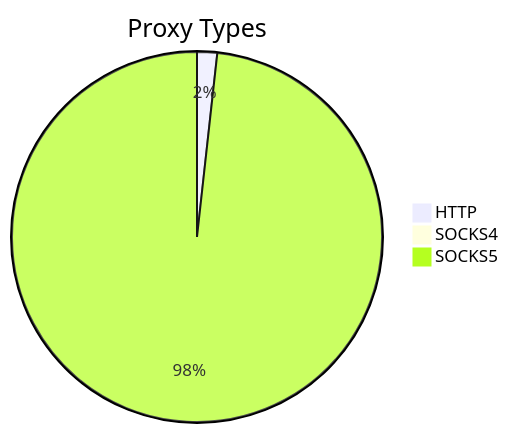
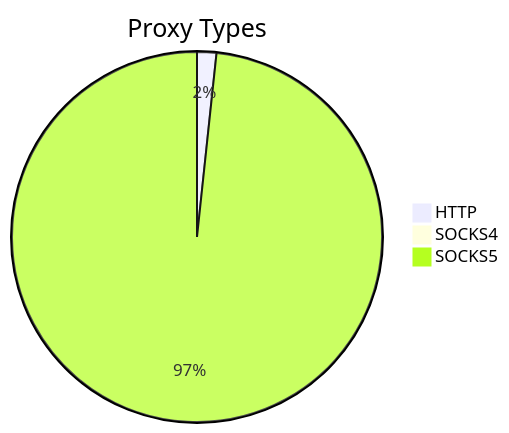
The first of 2 diagrams in README.md (stormsia/proxy-list), drawn with Mermaid before and after one commit. The commit also changed other lines of this file, not shown here.

````diff
--- a/README.md
+++ b/README.md
@@ -21,6 +21,6 @@
 ```mermaid
 pie title Proxy Types
-    "HTTP" : 81
-    "SOCKS4" : 30
-    "SOCKS5" : 4542
+    "HTTP" : 129
+    "SOCKS4" : 76
+    "SOCKS5" : 7532
 ```
````
